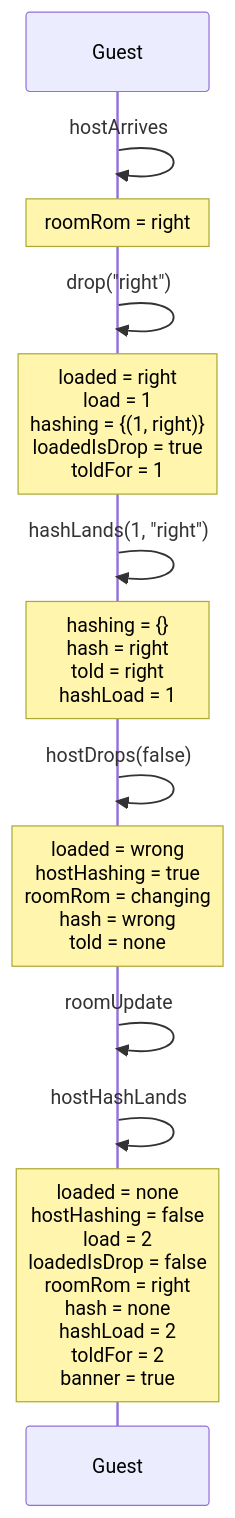
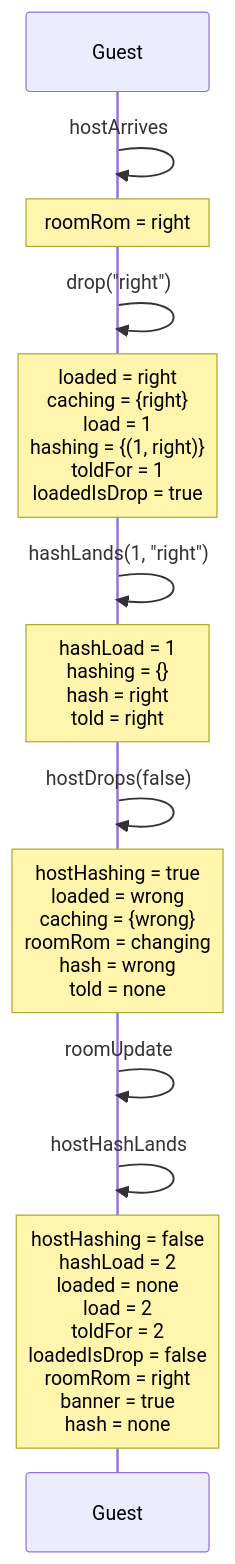
Diagram 25 of 27 in docs/spec-traces.md (kwilson21/kaillera-next), drawn with Mermaid before and after one commit. The commit also changed other lines of this file and 11 other files, not shown here.

First line of the commit message:
fix: a guest with no ROM takes the host's new one from its ROM library (#316)

````diff
--- a/docs/spec-traces.md
+++ b/docs/spec-traces.md
@@ -674,15 +674,15 @@
 ```mermaid
 sequenceDiagram
   participant Guest
   Guest->>Guest: hostArrives
   Note over Guest: roomRom = right
   Guest->>Guest: drop("right")
-  Note over Guest: loaded = right<br/>load = 1<br/>hashing = {(1, right)}<br/>loadedIsDrop = true<br/>toldFor = 1
+  Note over Guest: loaded = right<br/>caching = {right}<br/>load = 1<br/>hashing = {(1, right)}<br/>toldFor = 1<br/>loadedIsDrop = true
   Guest->>Guest: hashLands(1, "right")
-  Note over Guest: hashing = {}<br/>hash = right<br/>told = right<br/>hashLoad = 1
+  Note over Guest: hashLoad = 1<br/>hashing = {}<br/>hash = right<br/>told = right
   Guest->>Guest: hostDrops(false)
-  Note over Guest: loaded = wrong<br/>hostHashing = true<br/>roomRom = changing<br/>hash = wrong<br/>told = none
+  Note over Guest: hostHashing = true<br/>loaded = wrong<br/>caching = {wrong}<br/>roomRom = changing<br/>hash = wrong<br/>told = none
   Guest->>Guest: roomUpdate
   Guest->>Guest: hostHashLands
-  Note over Guest: loaded = none<br/>hostHashing = false<br/>load = 2<br/>loadedIsDrop = false<br/>roomRom = right<br/>hash = none<br/>hashLoad = 2<br/>toldFor = 2<br/>banner = true
+  Note over Guest: hostHashing = false<br/>hashLoad = 2<br/>loaded = none<br/>load = 2<br/>toldFor = 2<br/>loadedIsDrop = false<br/>roomRom = right<br/>banner = true<br/>hash = none
 ```
````
